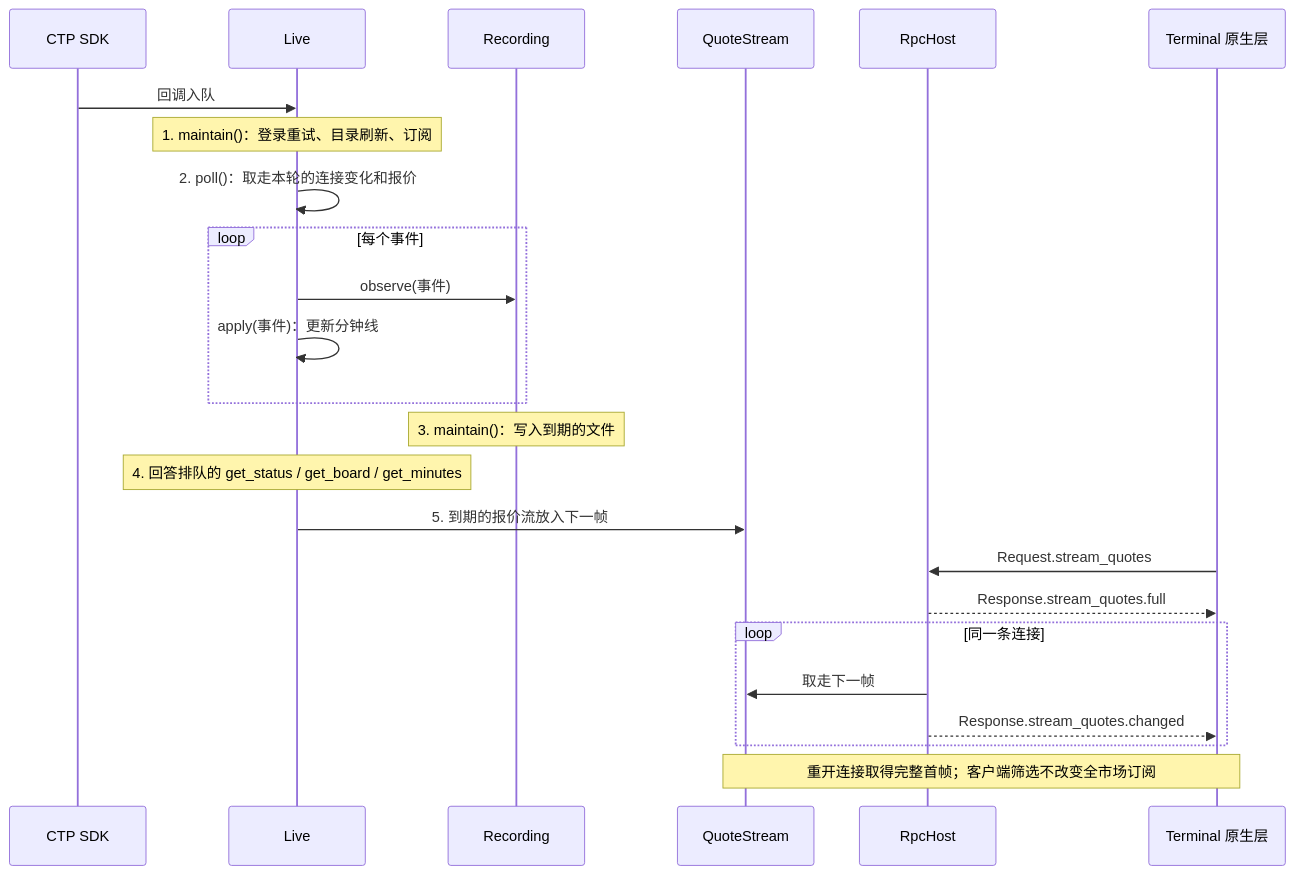
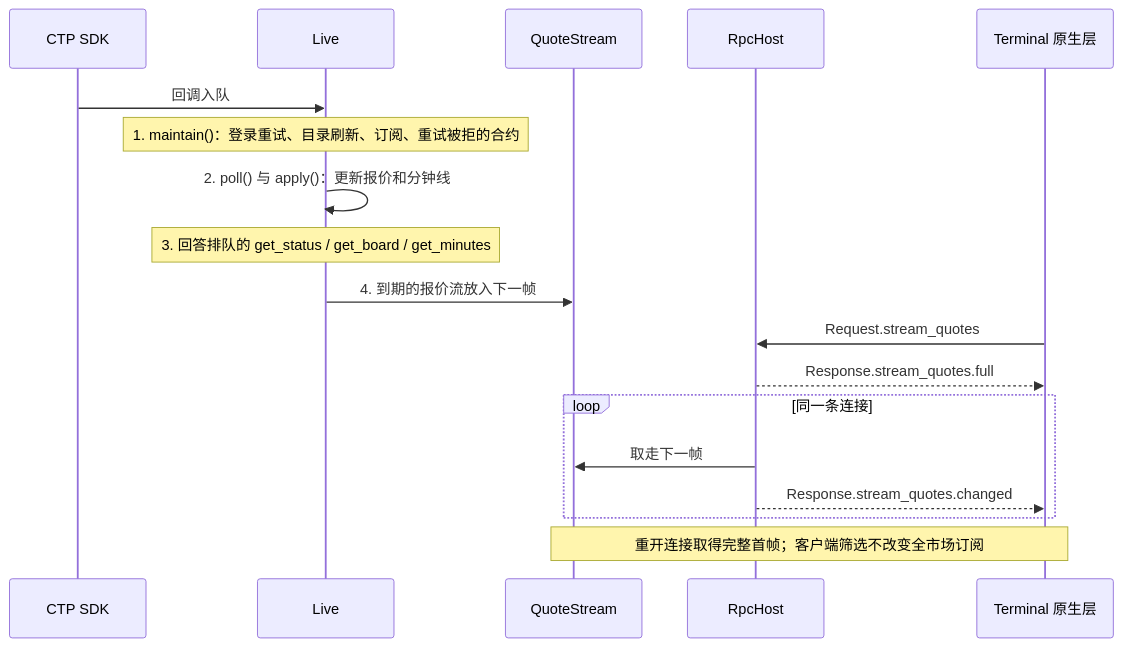
Before and after one commit to isqiwen/asterion-terminal: the fourth of 5 diagrams in docs/market/architecture.md, drawn with Mermaid. The commit also changed other lines of this file and 95 other files, not shown here.

First line of the commit message:
M3.84: stop recording ticks and minutes

````diff
--- a/docs/market/architecture.md
+++ b/docs/market/architecture.md
@@ -159,26 +129,20 @@
 ```mermaid
 sequenceDiagram
     participant SDK as CTP SDK
     participant Live
-    participant Recording
     participant Stream as QuoteStream
     participant RPC as RpcHost
     participant Client as Terminal 原生层
     SDK->>Live: 回调入队
-    Note over Live: 1. maintain()：登录重试、目录刷新、订阅
-    Live->>Live: 2. poll()：取走本轮的连接变化和报价
-    loop 每个事件
-        Live->>Recording: observe(事件)
-        Live->>Live: apply(事件)：更新分钟线
-    end
-    Note over Recording: 3. maintain()：写入到期的文件
-    Note over Live: 4. 回答排队的 get_status / get_board / get_minutes
-    Live->>Stream: 5. 到期的报价流放入下一帧
+    Note over Live: 1. maintain()：登录重试、目录刷新、订阅、重试被拒的合约
+    Live->>Live: 2. poll() 与 apply()：更新报价和分钟线
+    Note over Live: 3. 回答排队的 get_status / get_board / get_minutes
+    Live->>Stream: 4. 到期的报价流放入下一帧
     Client->>RPC: Request.stream_quotes
     RPC-->>Client: Response.stream_quotes.full
     loop 同一条连接
         RPC->>Stream: 取走下一帧
         RPC-->>Client: Response.stream_quotes.changed
     end
     Note over Client,Stream: 重开连接取得完整首帧；客户端筛选不改变全市场订阅
 ```
````
